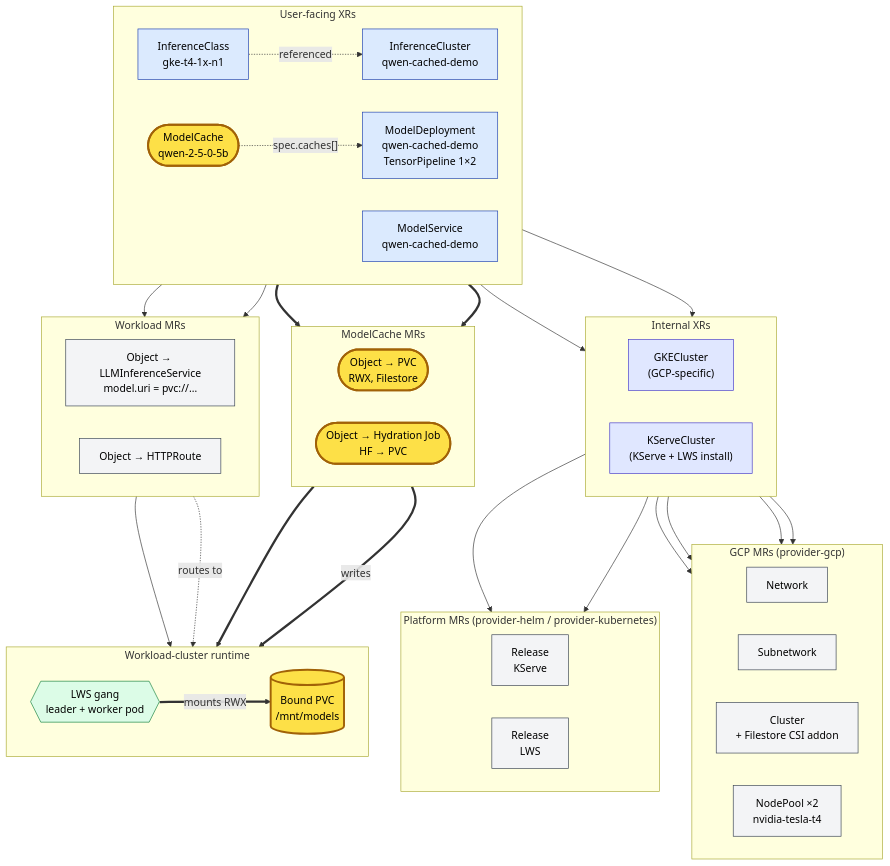
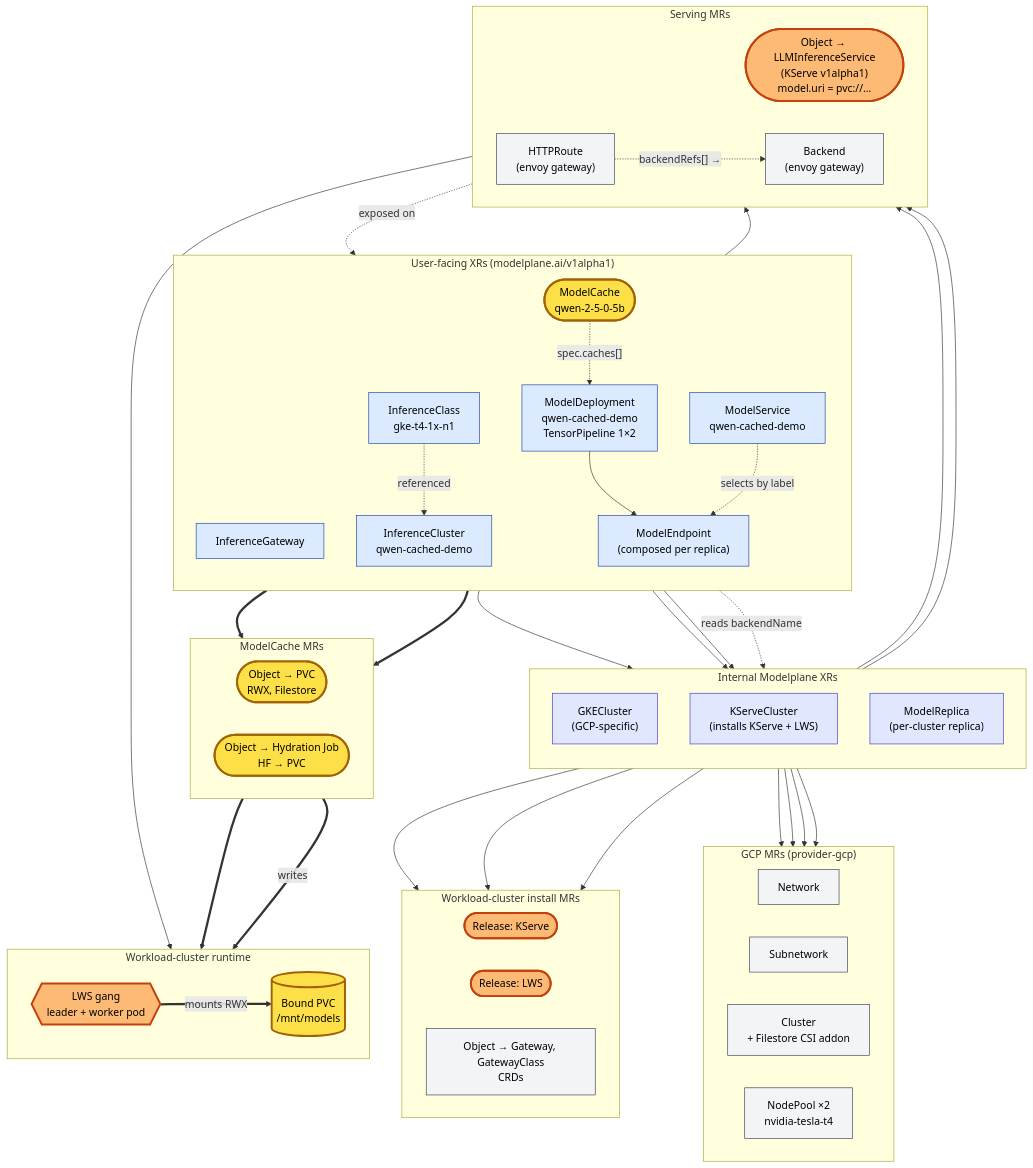
Before and after one commit to modelplaneai/modelplane: the diagram in examples/qwen-cached-demo/TOPOLOGY.md, drawn with Mermaid. The commit also changed other lines of this file, not shown here.

Commit message:
Extend topology diagram with serving XRs + flag swap surface
Add ModelService, ModelEndpoint, ModelReplica, Backend, HTTPRoute
and the per-replica composition path. Introduce a second highlight
color (orange) for the external substrate we may later replace with
Modelplane-internal primitives — KServe Release, LWS Release,
LLMInferenceService MR, and the LWS gang itself.

The yellow ModelCache path and the orange substrate path are now
visually distinct, making clear that the cache work is independent
of any future engine-substrate swap.

````diff
--- a/examples/qwen-cached-demo/TOPOLOGY.md
+++ b/examples/qwen-cached-demo/TOPOLOGY.md
@@ -5,26 +5,30 @@
 ```mermaid
 flowchart TB
-  classDef cache  fill:#fde047,stroke:#a16207,stroke-width:3px,color:#000
-  classDef xr     fill:#dbeafe,stroke:#1e40af,color:#000
-  classDef intxr  fill:#e0e7ff,stroke:#4338ca,color:#000
-  classDef mr     fill:#f3f4f6,stroke:#374151,color:#000
-  classDef rt     fill:#dcfce7,stroke:#15803d,color:#000
+  classDef cache    fill:#fde047,stroke:#a16207,stroke-width:3px,color:#000
+  classDef swap     fill:#fdba74,stroke:#c2410c,stroke-width:3px,color:#000
+  classDef xr       fill:#dbeafe,stroke:#1e40af,color:#000
+  classDef intxr    fill:#e0e7ff,stroke:#4338ca,color:#000
+  classDef mr       fill:#f3f4f6,stroke:#374151,color:#000
+  classDef rt       fill:#dcfce7,stroke:#15803d,color:#000
 
   %% ─── User-facing XRs (modelplane.ai/v1alpha1) ────────────────────────
-  subgraph USER["User-facing XRs"]
-    direction LR
+  subgraph USER["User-facing XRs (modelplane.ai/v1alpha1)"]
+    direction TB
+    IG["InferenceGateway"]:::xr
+    ICL["InferenceClass<br/>gke-t4-1x-n1"]:::xr
     IC["InferenceCluster<br/>qwen-cached-demo"]:::xr
-    ICL["InferenceClass<br/>gke-t4-1x-n1"]:::xr
     MC(["ModelCache<br/>qwen-2-5-0-5b"]):::cache
     MD["ModelDeployment<br/>qwen-cached-demo<br/>TensorPipeline 1×2"]:::xr
+    ME["ModelEndpoint<br/>(composed per replica)"]:::xr
     MS["ModelService<br/>qwen-cached-demo"]:::xr
   end
 
-  %% ─── Internal XRs ────────────────────────────────────────────────────
-  subgraph INTERNAL["Internal XRs"]
-    direction LR
+  %% ─── Internal Modelplane XRs ────────────────────────────────────────
+  subgraph INTERNAL["Internal Modelplane XRs"]
+    direction TB
     GKE["GKECluster<br/>(GCP-specific)"]:::intxr
-    KSC["KServeCluster<br/>(KServe + LWS install)"]:::intxr
+    KSC["KServeCluster<br/>(installs KServe + LWS)"]:::intxr
+    MR_REPLICA["ModelReplica<br/>(per-cluster replica)"]:::intxr
   end
 
   %% ─── GCP MRs ────────────────────────────────────────────────────────
@@ -36,31 +40,33 @@
     NP["NodePool ×2<br/>nvidia-tesla-t4"]:::mr
   end
 
-  %% ─── Helm / k8s MRs ─────────────────────────────────────────────────
-  subgraph PLATMR["Platform MRs (provider-helm / provider-kubernetes)"]
+  %% ─── Helm / k8s install MRs ─────────────────────────────────────────
+  subgraph PLATMR["Workload-cluster install MRs"]
     direction LR
-    KSREL["Release<br/>KServe"]:::mr
-    LWSREL["Release<br/>LWS"]:::mr
+    KSREL(["Release: KServe"]):::swap
+    LWSREL(["Release: LWS"]):::swap
+    KGW["Object → Gateway, GatewayClass<br/>CRDs"]:::mr
   end
 
-  %% ─── ModelCache MRs (highlighted) ────────────────────────────────────
+  %% ─── ModelCache MRs (highlighted yellow) ─────────────────────────────
   subgraph CACHEMR["ModelCache MRs"]
     direction LR
     PVCMR(["Object → PVC<br/>RWX, Filestore"]):::cache
     JOBMR(["Object → Hydration Job<br/>HF → PVC"]):::cache
   end
 
-  %% ─── Deployment / Service MRs ───────────────────────────────────────
-  subgraph WLMR["Workload MRs"]
+  %% ─── Serving MRs ────────────────────────────────────────────────────
+  subgraph WLMR["Serving MRs"]
     direction LR
-    LIS["Object → LLMInferenceService<br/>model.uri = pvc://…"]:::mr
-    HTR["Object → HTTPRoute"]:::mr
+    LIS(["Object → LLMInferenceService<br/>(KServe v1alpha1)<br/>model.uri = pvc://…"]):::swap
+    BE["Backend<br/>(envoy gateway)"]:::mr
+    HTR["HTTPRoute<br/>(envoy gateway)"]:::mr
   end
 
   %% ─── Workload-cluster runtime ───────────────────────────────────────
   subgraph RUNTIME["Workload-cluster runtime"]
     direction LR
-    GANG{{"LWS gang<br/>leader + worker pod"}}:::rt
+    GANG{{"LWS gang<br/>leader + worker pod"}}:::swap
     PVCBOUND[("Bound PVC<br/>/mnt/models")]:::cache
   end
 
@@ -76,6 +82,7 @@
 
   KSC --> KSREL
   KSC --> LWSREL
+  KSC --> KGW
 
   MC ==> PVCMR
   MC ==> JOBMR
@@ -83,10 +90,16 @@
   JOBMR == writes ==> PVCBOUND
 
   MC -. "spec.caches[]" .-> MD
-  MD --> LIS
+  MD --> MR_REPLICA
+  MD --> ME
+  MR_REPLICA --> LIS
+  MR_REPLICA --> BE
+  ME -. "reads backendName" .-> MR_REPLICA
   LIS --> GANG
   GANG == "mounts RWX" ==> PVCBOUND
 
+  MS -. "selects by label" .-> ME
   MS --> HTR
-  HTR -. routes to .-> GANG
+  HTR -. "backendRefs[] → " .-> BE
+  HTR -. "exposed on" .-> IG
 ```
````
